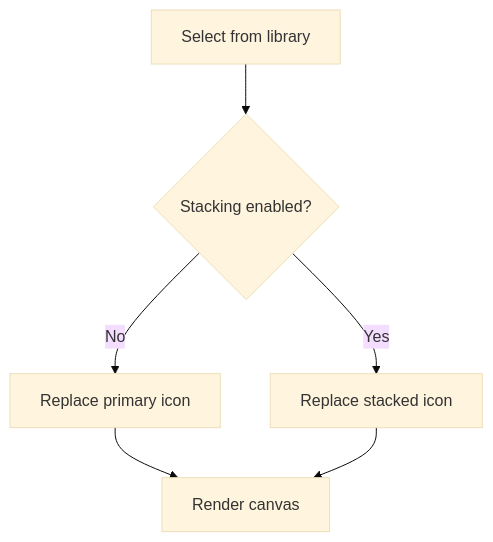
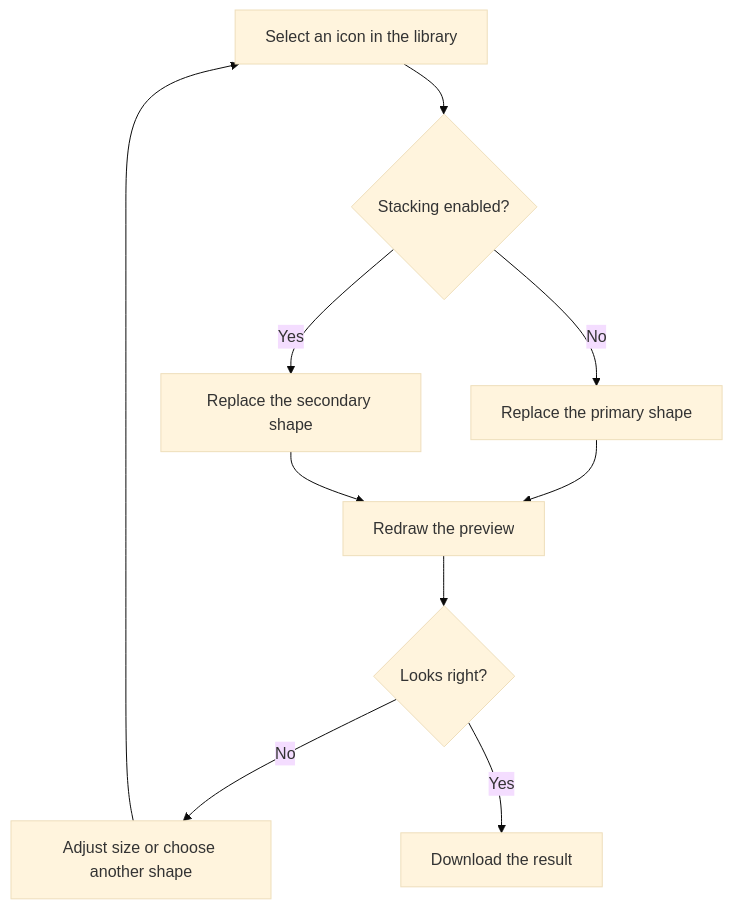
The diagram in docs/customization.md (nicholasadamou/iconforge), drawn with Mermaid (base theme) before and after one commit. The commit also changed other lines of this file and 28 other files, not shown here.

````diff
--- a/docs/customization.md
+++ b/docs/customization.md
@@ -19,8 +33,12 @@
 ```mermaid
 flowchart TD
-  A[Select from library] --> B{Stacking enabled?}
-  B -->|No| C[Replace primary icon]
-  B -->|Yes| D[Replace stacked icon]
-  C --> E[Render canvas]
-  D --> E
+  Select[Select an icon in the library] --> Mode{Stacking enabled?}
+  Mode -->|No| Primary[Replace the primary shape]
+  Mode -->|Yes| Secondary[Replace the secondary shape]
+  Primary --> Preview[Redraw the preview]
+  Secondary --> Preview
+  Preview --> Review{Looks right?}
+  Review -->|No| Adjust[Adjust size or choose another shape]
+  Adjust --> Select
+  Review -->|Yes| Export[Download the result]
 ```
````
